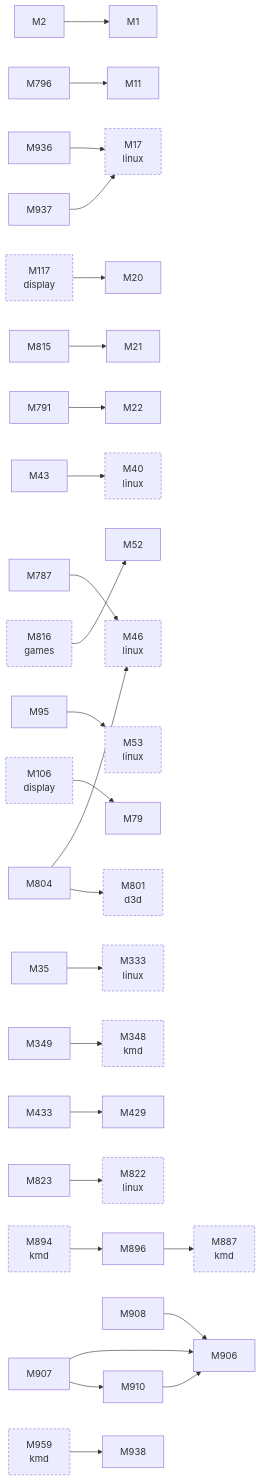
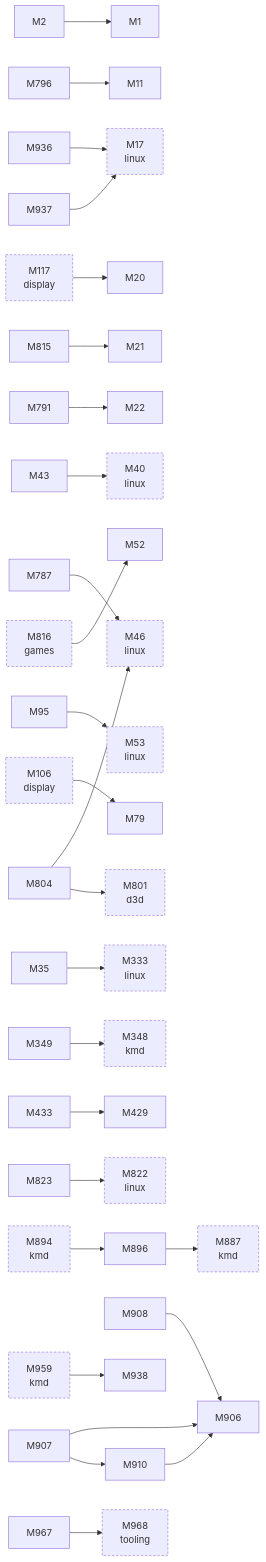
One commit to D-Ogi/amdgpu-wddm changed the third of 3 diagrams in docs/facts/graphs/hardware.md. Above: the diagram before and after it, drawn with Mermaid. The commit also changed 31 other files, not shown here.

````diff
--- a/docs/facts/graphs/hardware.md
+++ b/docs/facts/graphs/hardware.md
@@ -213,72 +213,75 @@
 ```mermaid
 flowchart LR
   M1["M1"]
   M2["M2"]
   M11["M11"]
   M17["M17<br/>linux"]
   M20["M20"]
   M21["M21"]
   M22["M22"]
   M35["M35"]
   M40["M40<br/>linux"]
   M43["M43"]
   M46["M46<br/>linux"]
   M52["M52"]
   M53["M53<br/>linux"]
   M79["M79"]
   M95["M95"]
   M106["M106<br/>display"]
   M117["M117<br/>display"]
   M333["M333<br/>linux"]
   M348["M348<br/>kmd"]
   M349["M349"]
   M429["M429"]
   M433["M433"]
   M787["M787"]
   M791["M791"]
   M796["M796"]
   M801["M801<br/>d3d"]
   M804["M804"]
   M815["M815"]
   M816["M816<br/>games"]
   M822["M822<br/>linux"]
   M823["M823"]
   M887["M887<br/>kmd"]
   M894["M894<br/>kmd"]
   M896["M896"]
   M906["M906"]
   M907["M907"]
   M908["M908"]
   M910["M910"]
   M936["M936"]
   M937["M937"]
   M938["M938"]
   M959["M959<br/>kmd"]
+  M967["M967"]
+  M968["M968<br/>tooling"]
   M2 --> M1
   M35 --> M333
   M43 --> M40
   M95 --> M53
   M349 --> M348
   M433 --> M429
   M787 --> M46
   M791 --> M22
   M796 --> M11
   M804 --> M46
   M804 --> M801
   M815 --> M21
   M823 --> M822
   M896 --> M887
   M907 --> M906
   M907 --> M910
   M908 --> M906
   M910 --> M906
   M936 --> M17
   M937 --> M17
+  M967 --> M968
   M894 --> M896
   M959 --> M938
   M106 --> M79
   M117 --> M20
   M816 --> M52
   classDef other stroke-dasharray:4 3
-  class M17,M40,M46,M53,M106,M117,M333,M348,M801,M816,M822,M887,M894,M959 other
+  class M17,M40,M46,M53,M106,M117,M333,M348,M801,M816,M822,M887,M894,M959,M968 other
 ```
````
